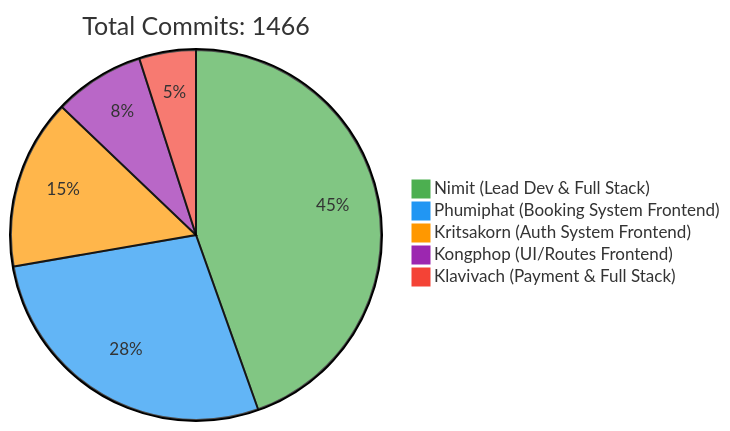
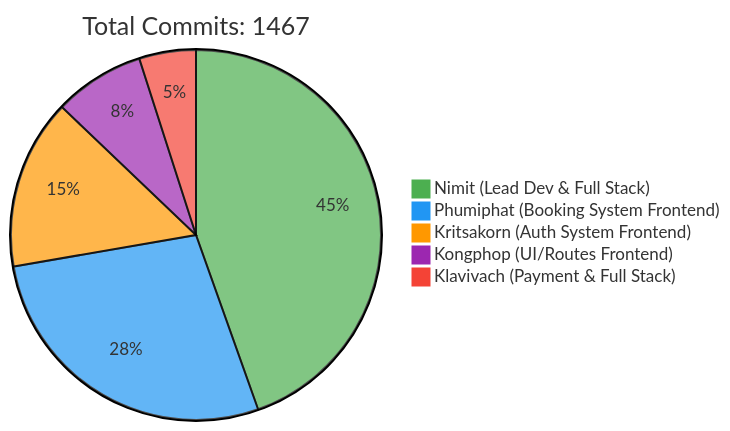
One commit to 6531503042/Sport-Complex changed the first of 2 diagrams in README.md. Above: the diagram before and after it, drawn with Mermaid. The commit also changed other lines of this file, not shown here.

Commit message:
docs: Update contributor statistics [skip ci]

````diff
--- a/README.md
+++ b/README.md
@@ -257,10 +257,10 @@
 ```mermaid
 %%{init: {'theme': 'base', 'themeVariables': { 'pie1': '#4CAF50', 'pie2': '#2196F3', 'pie3': '#FF9800', 'pie4': '#9C27B0', 'pie5': '#F44336'}}}%%
 pie
-    title Total Commits: 1466
+    title Total Commits: 1467
     "Nimit (Lead Dev & Full Stack)" : 450
     "Phumiphat (Booking System Frontend)" : 280
     "Kritsakorn (Auth System Frontend)" : 150
     "Kongphop (UI/Routes Frontend)" : 80
     "Klavivach (Payment & Full Stack)" : 50
 ```
````
